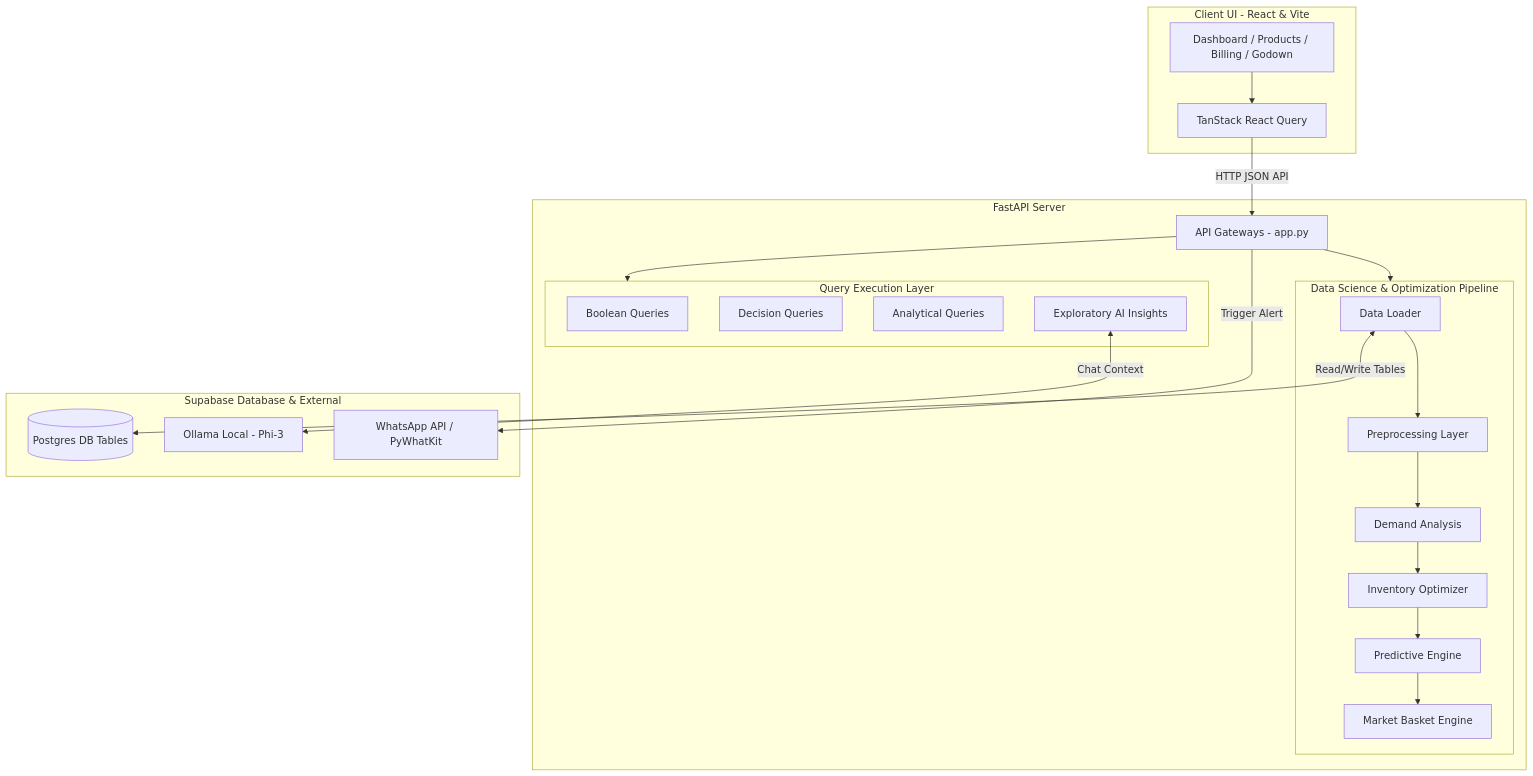
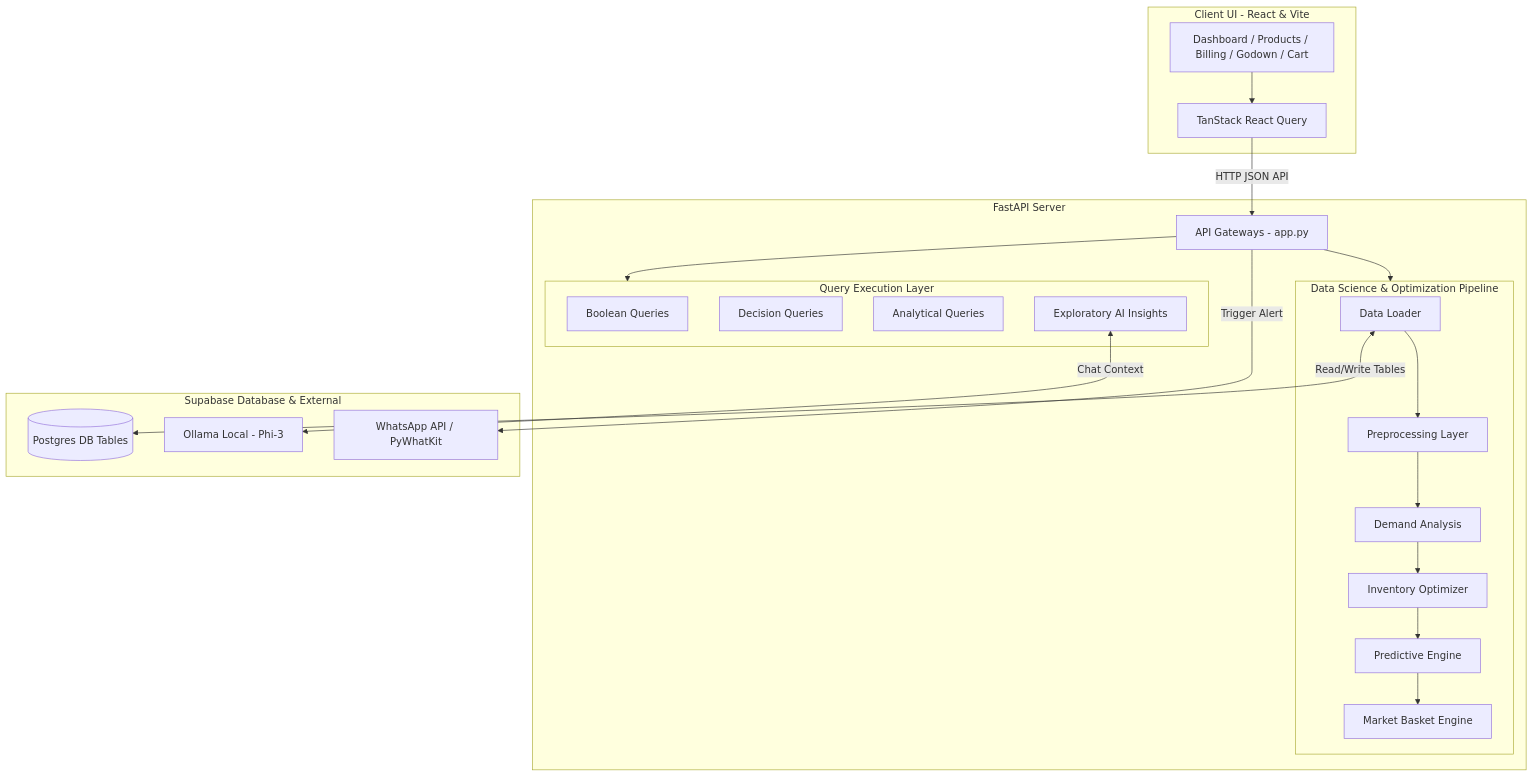
The diagram in README.md (prajith-pycluster/Intelligent-ERP-Plugin-System-), drawn with Mermaid before and after one commit. The commit also changed other lines of this file, not shown here.

````diff
--- a/README.md
+++ b/README.md
@@ -33,39 +43,39 @@
 ```mermaid
 graph TD
     subgraph Frontend [Client UI - React & Vite]
-        UI[Dashboard / Products / Billing / Godown] --> ReactQuery[TanStack React Query]
+        UI[Dashboard / Products / Billing / Godown / Cart] --> ReactQuery[TanStack React Query]
     end
 
     subgraph Backend [FastAPI Server]
         API[API Gateways - app.py]
         
         subgraph Pipeline [Data Science & Optimization Pipeline]
             Loader[Data Loader] --> Preprocess[Preprocessing Layer]
             Preprocess --> Demand[Demand Analysis]
             Demand --> Optimizer[Inventory Optimizer]
             Optimizer --> Predictive[Predictive Engine]
             Predictive --> Basket[Market Basket Engine]
         end
         
         subgraph Queries [Query Execution Layer]
             BoolQ[Boolean Queries]
             DecQ[Decision Queries]
             AnaQ[Analytical Queries]
             ExpQ[Exploratory AI Insights]
         end
         
         API --> Pipeline
         API --> Queries
     end
 
     subgraph DB [Supabase Database & External]
         Supa[(Postgres DB Tables)]
         Ollama[Ollama Local - Phi-3]
         WhatsApp[WhatsApp API / PyWhatKit]
     end
 
     ReactQuery -->|HTTP JSON API| API
     Loader <-->|Read/Write Tables| Supa
     ExpQ <-->|Chat Context| Ollama
     API -->|Trigger Alert| WhatsApp
 ```
````
